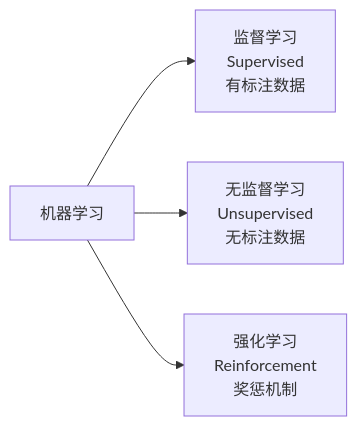
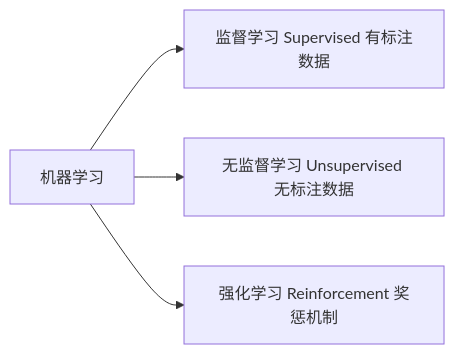
One commit to ildream/learnAI changed the third of 9 diagrams in docs/ai-fundamentals/index.md. Above: the diagram before and after it, drawn with Mermaid. The commit also changed other lines of this file and 2 other files, not shown here.

Commit message:
fix: remove all \n from mermaid diagrams

````diff
--- a/docs/ai-fundamentals/index.md
+++ b/docs/ai-fundamentals/index.md
@@ -96,6 +96,6 @@
 ```mermaid
 graph LR
-    A[机器学习] --> B[监督学习\nSupervised\n有标注数据]
-    A --> C[无监督学习\nUnsupervised\n无标注数据]
-    A --> D[强化学习\nReinforcement\n奖惩机制]
+    A[机器学习] --> B[监督学习 Supervised 有标注数据]
+    A --> C[无监督学习 Unsupervised 无标注数据]
+    A --> D[强化学习 Reinforcement 奖惩机制]
 ```
````
